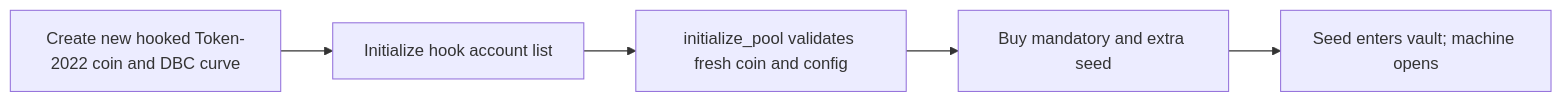
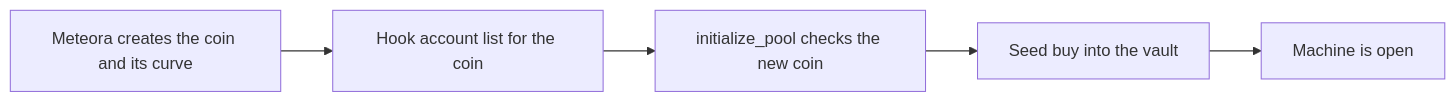
Before and after one commit to gabox-labs/docs: the diagram in launch-a-machine.mdx, drawn with Mermaid. The commit also changed other lines of this file and 24 other files, not shown here.

````diff
--- a/launch-a-machine.mdx
+++ b/launch-a-machine.mdx
@@ -16,7 +19,7 @@
 ```mermaid
 flowchart LR
- A[Create new hooked Token-2022 coin and DBC curve] --> B[Initialize hook account list]
- B --> C[initialize_pool validates fresh coin and config]
- C --> D[Buy mandatory and extra seed]
- D --> E[Seed enters vault; machine opens]
+ A[Meteora creates the coin and its curve] --> B[Hook account list for the coin]
+ B --> C[initialize_pool checks the new coin]
+ C --> D[Seed buy into the vault]
+ D --> E[Machine is open]
 ```
````
